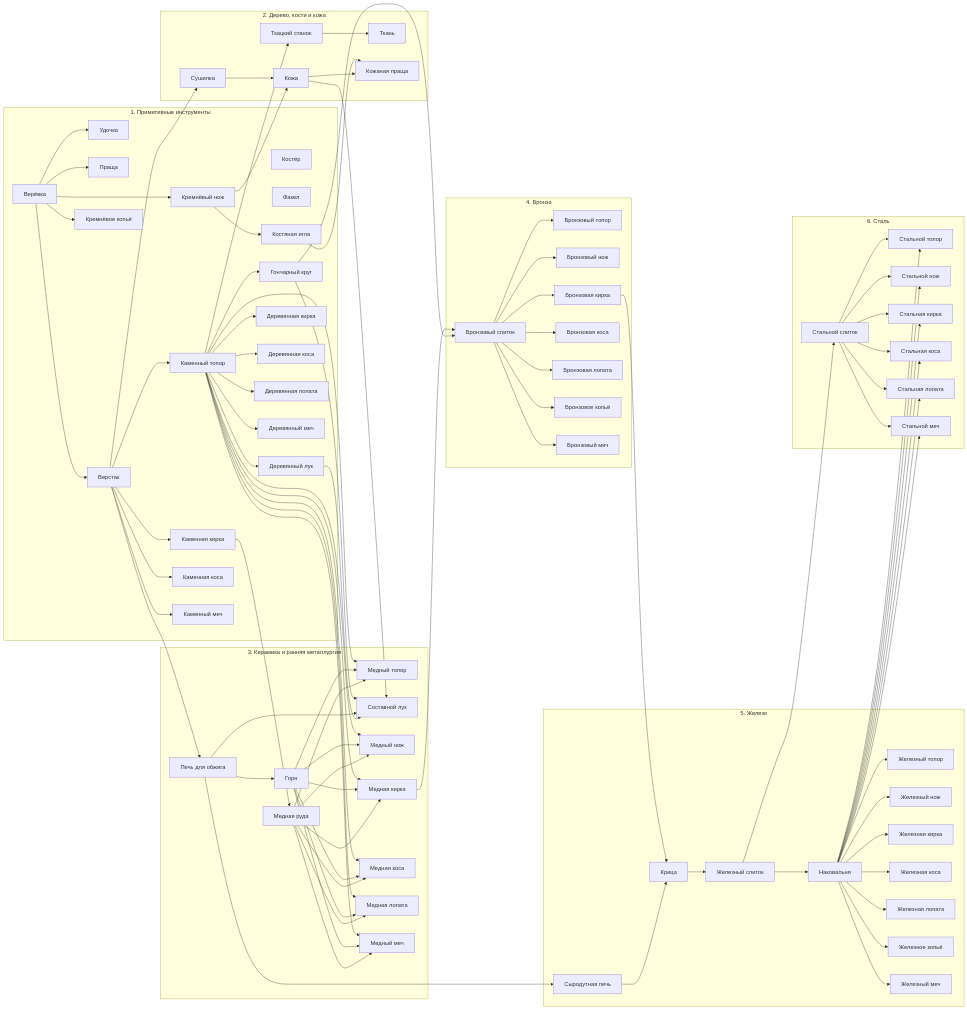
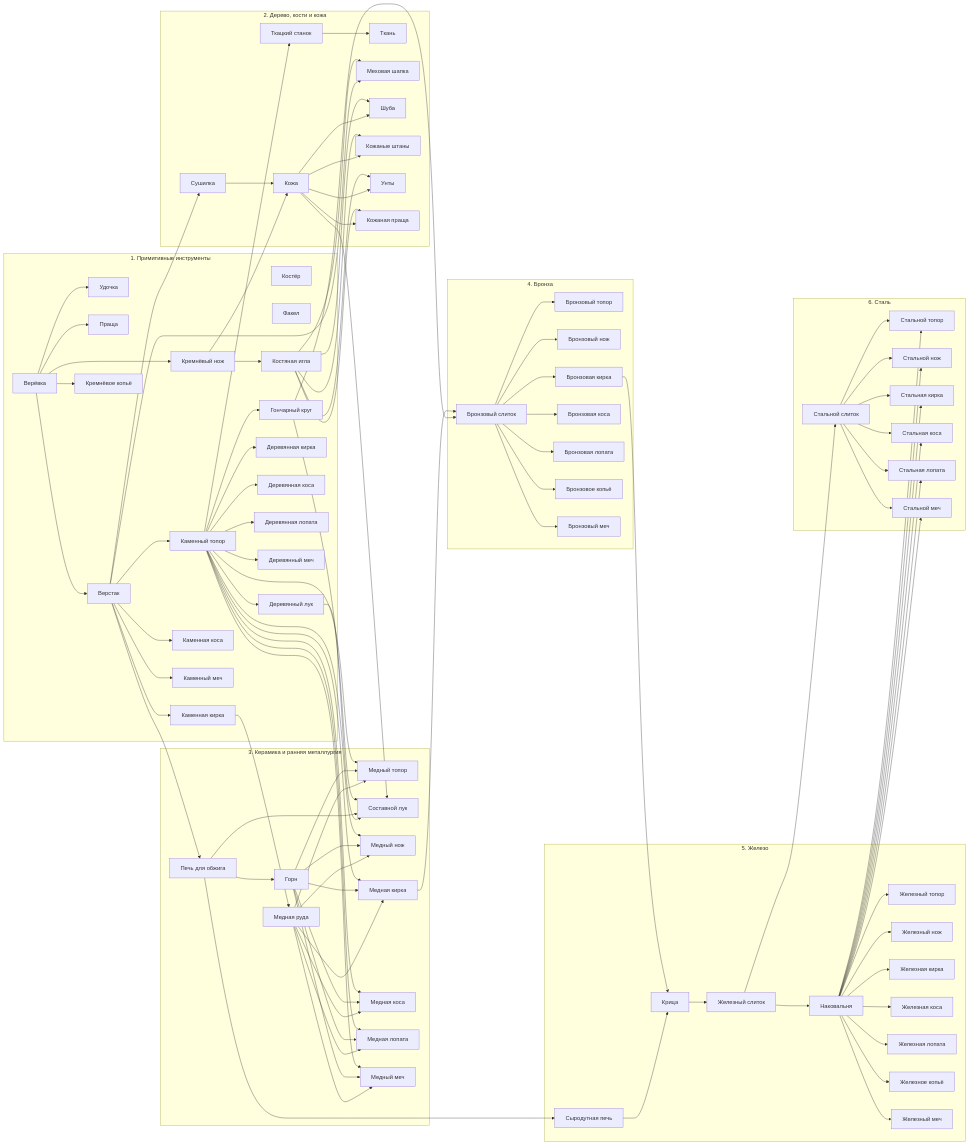
The first of 2 diagrams in docs/generated/content-graph.md (randomboygh/survivium), drawn with Mermaid before and after one commit. The commit also changed other lines of this file and 18 other files, not shown here.

````diff
--- a/docs/generated/content-graph.md
+++ b/docs/generated/content-graph.md
@@ -526,150 +535,162 @@
     b6["Факел"]
     b7["Верстак"]
     b9["Деревянный лук"]
-    b19["Костяная игла"]
-    b20["Гончарный круг"]
-    b23["Каменный топор"]
-    b29["Кремнёвый нож"]
-    b34["Каменная кирка"]
-    b35["Деревянная кирка"]
-    b40["Каменная коса"]
-    b41["Деревянная коса"]
-    b46["Деревянная лопата"]
-    b51["Кремнёвое копьё"]
-    b54["Деревянный меч"]
-    b55["Каменный меч"]
+    b23["Костяная игла"]
+    b24["Гончарный круг"]
+    b27["Каменный топор"]
+    b33["Кремнёвый нож"]
+    b38["Каменная кирка"]
+    b39["Деревянная кирка"]
+    b44["Каменная коса"]
+    b45["Деревянная коса"]
+    b50["Деревянная лопата"]
+    b55["Кремнёвое копьё"]
+    b58["Деревянный меч"]
+    b59["Каменный меч"]
   end
   subgraph e2["2. Дерево, кости и кожа"]
     b1["Ткань"]
     b10["Сушилка"]
     b11["Кожа"]
-    b17["Кожаная праща"]
-    b18["Ткацкий станок"]
+    b16["Меховая шапка"]
+    b17["Шуба"]
+    b18["Кожаные штаны"]
+    b19["Унты"]
+    b21["Кожаная праща"]
+    b22["Ткацкий станок"]
   end
   subgraph e3["3. Керамика и ранняя металлургия"]
     b2["Медная руда"]
     b12["Горн"]
-    b16["Печь для обжига"]
-    b24["Медный топор"]
-    b28["Составной лук"]
-    b30["Медный нож"]
-    b36["Медная кирка"]
-    b42["Медная коса"]
-    b47["Медная лопата"]
-    b56["Медный меч"]
+    b20["Печь для обжига"]
+    b28["Медный топор"]
+    b32["Составной лук"]
+    b34["Медный нож"]
+    b40["Медная кирка"]
+    b46["Медная коса"]
+    b51["Медная лопата"]
+    b60["Медный меч"]
   end
   subgraph e4["4. Бронза"]
-    b21["Бронзовый слиток"]
-    b25["Бронзовый топор"]
-    b31["Бронзовый нож"]
-    b37["Бронзовая кирка"]
-    b43["Бронзовая коса"]
-    b48["Бронзовая лопата"]
-    b52["Бронзовое копьё"]
-    b57["Бронзовый меч"]
+    b25["Бронзовый слиток"]
+    b29["Бронзовый топор"]
+    b35["Бронзовый нож"]
+    b41["Бронзовая кирка"]
+    b47["Бронзовая коса"]
+    b52["Бронзовая лопата"]
+    b56["Бронзовое копьё"]
+    b61["Бронзовый меч"]
   end
   subgraph e5["5. Железо"]
     b8["Сыродутная печь"]
     b13["Крица"]
     b14["Железный слиток"]
     b15["Наковальня"]
-    b26["Железный топор"]
-    b32["Железный нож"]
-    b38["Железная кирка"]
-    b44["Железная коса"]
-    b49["Железная лопата"]
-    b53["Железное копьё"]
-    b58["Железный меч"]
+    b30["Железный топор"]
+    b36["Железный нож"]
+    b42["Железная кирка"]
+    b48["Железная коса"]
+    b53["Железная лопата"]
+    b57["Железное копьё"]
+    b62["Железный меч"]
   end
   subgraph e6["6. Сталь"]
-    b22["Стальной слиток"]
-    b27["Стальной топор"]
-    b33["Стальной нож"]
-    b39["Стальная кирка"]
-    b45["Стальная коса"]
-    b50["Стальная лопата"]
-    b59["Стальной меч"]
+    b26["Стальной слиток"]
+    b31["Стальной топор"]
+    b37["Стальной нож"]
+    b43["Стальная кирка"]
+    b49["Стальная коса"]
+    b54["Стальная лопата"]
+    b63["Стальной меч"]
   end
-  b18 --> b1
-  b34 --> b2
+  b22 --> b1
+  b38 --> b2
   b3 --> b4
   b3 --> b5
   b3 --> b7
-  b16 --> b8
-  b23 --> b9
+  b20 --> b8
+  b27 --> b9
   b7 --> b10
   b10 --> b11
-  b29 --> b11
-  b16 --> b12
+  b33 --> b11
+  b20 --> b12
   b8 --> b13
-  b37 --> b13
+  b41 --> b13
   b13 --> b14
   b14 --> b15
   b7 --> b16
+  b23 --> b16
   b11 --> b17
-  b19 --> b17
+  b23 --> b17
+  b11 --> b18
   b23 --> b18
-  b29 --> b19
-  b23 --> b20
-  b20 --> b21
-  b36 --> b21
-  b14 --> b22
-  b7 --> b23
-  b2 --> b24
-  b12 --> b24
-  b23 --> b24
-  b21 --> b25
-  b15 --> b26
-  b15 --> b27
-  b22 --> b27
-  b9 --> b28
-  b11 --> b28
-  b16 --> b28
-  b20 --> b28
-  b3 --> b29
-  b2 --> b30
-  b12 --> b30
-  b23 --> b30
-  b21 --> b31
-  b15 --> b32
-  b15 --> b33
-  b22 --> b33
-  b7 --> b34
-  b23 --> b35
-  b2 --> b36
-  b12 --> b36
-  b23 --> b36
-  b21 --> b37
-  b15 --> b38
-  b15 --> b39
-  b22 --> b39
-  b7 --> b40
-  b23 --> b41
-  b2 --> b42
-  b12 --> b42
-  b23 --> b42
-  b21 --> b43
-  b15 --> b44
-  b15 --> b45
-  b22 --> b45
-  b23 --> b46
-  b2 --> b47
-  b12 --> b47
-  b23 --> b47
-  b21 --> b48
+  b11 --> b19
+  b23 --> b19
+  b7 --> b20
+  b11 --> b21
+  b23 --> b21
+  b27 --> b22
+  b33 --> b23
+  b27 --> b24
+  b24 --> b25
+  b40 --> b25
+  b14 --> b26
+  b7 --> b27
+  b2 --> b28
+  b12 --> b28
+  b27 --> b28
+  b25 --> b29
+  b15 --> b30
+  b15 --> b31
+  b26 --> b31
+  b9 --> b32
+  b11 --> b32
+  b20 --> b32
+  b24 --> b32
+  b3 --> b33
+  b2 --> b34
+  b12 --> b34
+  b27 --> b34
+  b25 --> b35
+  b15 --> b36
+  b15 --> b37
+  b26 --> b37
+  b7 --> b38
+  b27 --> b39
+  b2 --> b40
+  b12 --> b40
+  b27 --> b40
+  b25 --> b41
+  b15 --> b42
+  b15 --> b43
+  b26 --> b43
+  b7 --> b44
+  b27 --> b45
+  b2 --> b46
+  b12 --> b46
+  b27 --> b46
+  b25 --> b47
+  b15 --> b48
   b15 --> b49
-  b15 --> b50
-  b22 --> b50
-  b3 --> b51
-  b21 --> b52
+  b26 --> b49
+  b27 --> b50
+  b2 --> b51
+  b12 --> b51
+  b27 --> b51
+  b25 --> b52
   b15 --> b53
-  b23 --> b54
-  b7 --> b55
-  b2 --> b56
-  b12 --> b56
-  b23 --> b56
-  b21 --> b57
-  b15 --> b58
-  b15 --> b59
-  b22 --> b59
+  b15 --> b54
+  b26 --> b54
+  b3 --> b55
+  b25 --> b56
+  b15 --> b57
+  b27 --> b58
+  b7 --> b59
+  b2 --> b60
+  b12 --> b60
+  b27 --> b60
+  b25 --> b61
+  b15 --> b62
+  b15 --> b63
+  b26 --> b63
 ```
````
